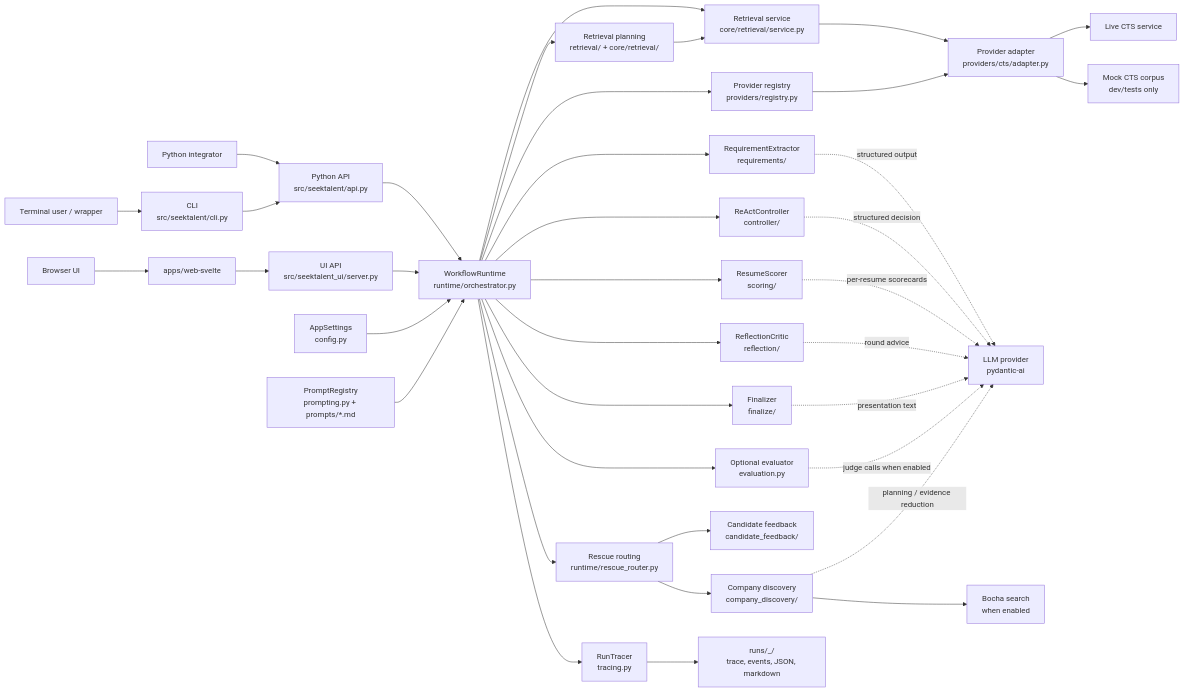
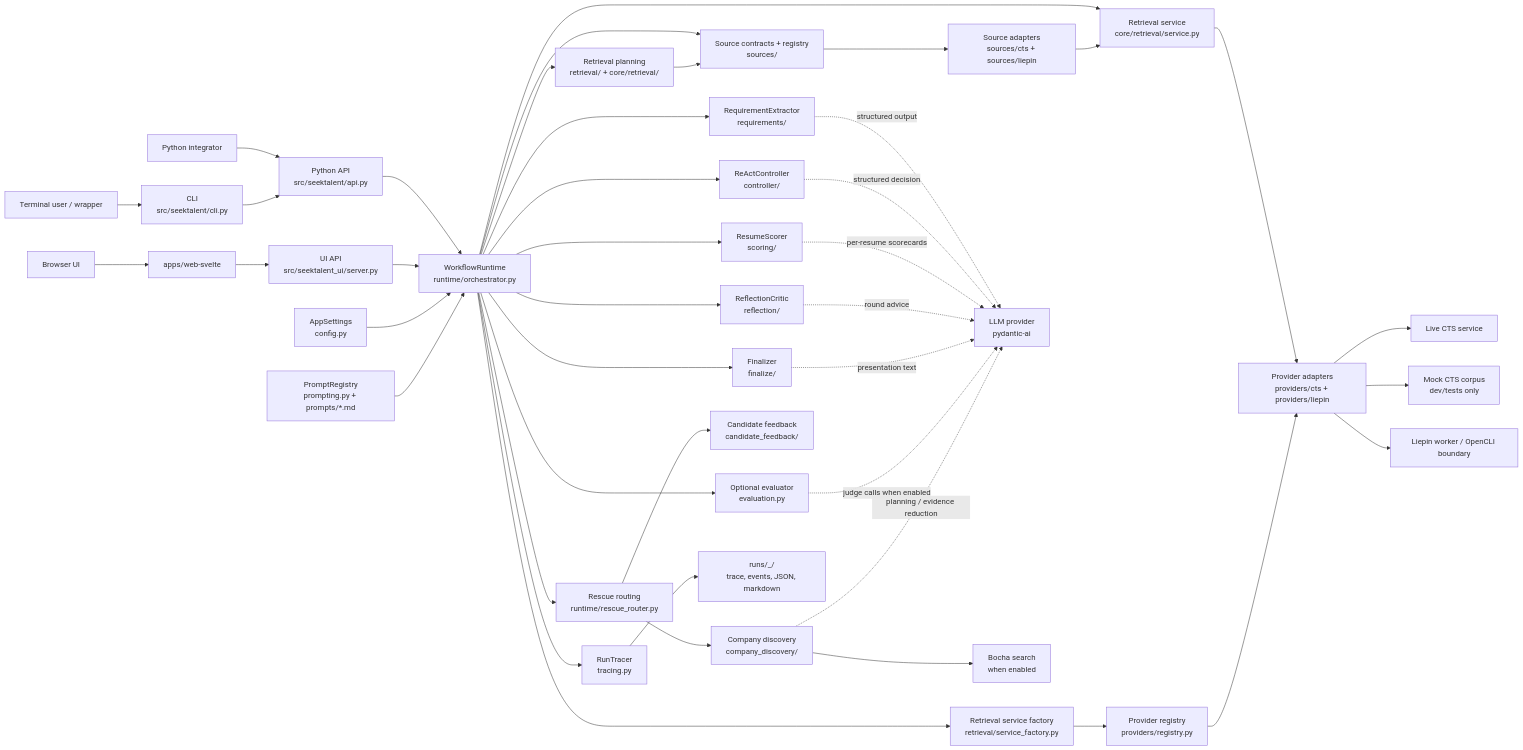
The first of 2 diagrams in docs/architecture.md (FrankQDWang/SeekTalent), drawn with Mermaid before and after one commit. The commit also changed other lines of this file and 95 other files, not shown here.

````diff
--- a/docs/architecture.md
+++ b/docs/architecture.md
@@ -18,46 +18,51 @@
 ```mermaid
 flowchart LR
     user["Terminal user / wrapper"] --> cli["CLI\nsrc/seektalent/cli.py"]
     wrapper["Python integrator"] --> api["Python API\nsrc/seektalent/api.py"]
     browser["Browser UI"] --> webapp["apps/web-svelte"]
     webapp --> uiapi["UI API\nsrc/seektalent_ui/server.py"]
 
     cli --> api
     api --> runtime["WorkflowRuntime\nruntime/orchestrator.py"]
     uiapi --> runtime
 
     config["AppSettings\nconfig.py"] --> runtime
     prompts["PromptRegistry\nprompting.py + prompts/*.md"] --> runtime
 
     runtime --> req["RequirementExtractor\nrequirements/"]
     runtime --> controller["ReActController\ncontroller/"]
+    runtime --> source_contracts["Source contracts + registry\nsources/"]
     runtime --> retrieval["Retrieval planning\nretrieval/ + core/retrieval/"]
     runtime --> rescue["Rescue routing\nruntime/rescue_router.py"]
-    runtime --> registry["Provider registry\nproviders/registry.py"]
+    runtime --> service_factory["Retrieval service factory\nretrieval/service_factory.py"]
     runtime --> service["Retrieval service\ncore/retrieval/service.py"]
-    service --> adapter["Provider adapter\nproviders/cts/adapter.py"]
+    source_contracts --> source_adapters["Source adapters\nsources/cts + sources/liepin"]
+    service_factory --> registry["Provider registry\nproviders/registry.py"]
+    service --> adapter["Provider adapters\nproviders/cts + providers/liepin"]
     runtime --> scoring["ResumeScorer\nscoring/"]
     runtime --> reflection["ReflectionCritic\nreflection/"]
     runtime --> finalizer["Finalizer\nfinalize/"]
     runtime --> eval["Optional evaluator\nevaluation.py"]
     runtime --> tracer["RunTracer\ntracing.py"]
 
     req -. "structured output" .-> llm["LLM provider\npydantic-ai"]
     controller -. "structured decision" .-> llm
     scoring -. "per-resume scorecards" .-> llm
     reflection -. "round advice" .-> llm
     finalizer -. "presentation text" .-> llm
     eval -. "judge calls when enabled" .-> llm
 
-    retrieval --> service
+    retrieval --> source_contracts
+    source_adapters --> service
     registry --> adapter
     adapter --> livects["Live CTS service"]
     adapter --> mockcts["Mock CTS corpus\ndev/tests only"]
+    adapter --> liepinworker["Liepin worker / OpenCLI boundary"]
 
     rescue --> feedback["Candidate feedback\ncandidate_feedback/"]
     rescue --> discovery["Company discovery\ncompany_discovery/"]
     discovery --> bocha["Bocha search\nwhen enabled"]
     discovery -. "planning / evidence reduction" .-> llm
 
     tracer --> runs["runs/<timestamp>_<run_id>/\ntrace, events, JSON, markdown"]
 ```
````
